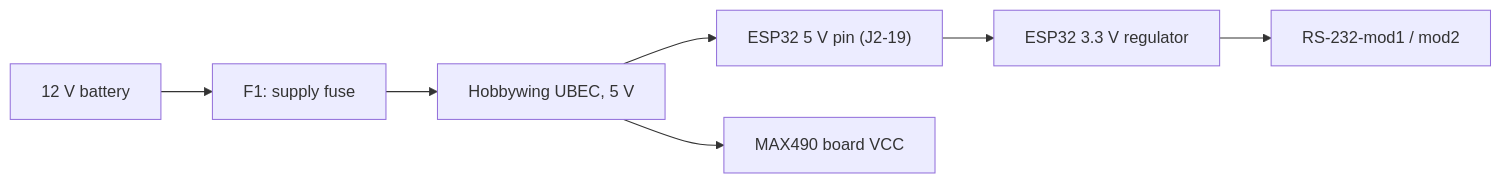
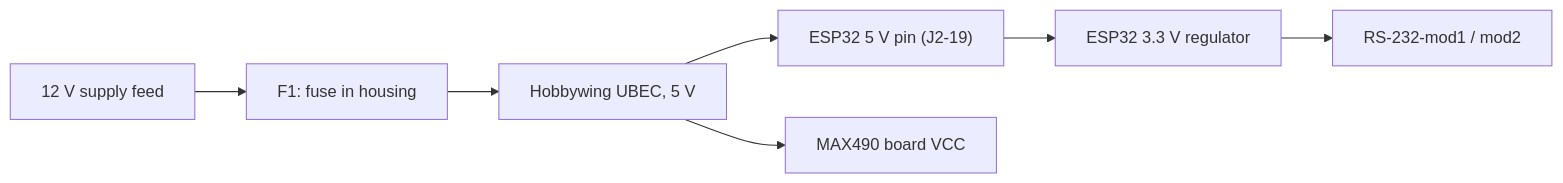
Before and after one commit to MomoRC-tech/Becker-AR6201-to-OpenSoar: the second of 2 diagrams in docs/hardware/wiring.md, drawn with Mermaid. The commit also changed other lines of this file and 2 other files, not shown here.

Commit message:
Select housing-integrated fuse holder and defer feed protection

````diff
--- a/docs/hardware/wiring.md
+++ b/docs/hardware/wiring.md
@@ -154,9 +154,9 @@
 ```mermaid
 flowchart LR
-    S["12 V battery"] --> F1["F1: supply fuse"]
+    S["12 V supply feed"] --> F1["F1: fuse in housing"]
     F1 --> B["Hobbywing UBEC, 5 V"]
     B --> E["ESP32 5 V pin (J2-19)"]
     B --> Q["MAX490 board VCC"]
     E --> R["ESP32 3.3 V regulator"]
     R --> C["RS-232-mod1 / mod2"]
 ```
````
